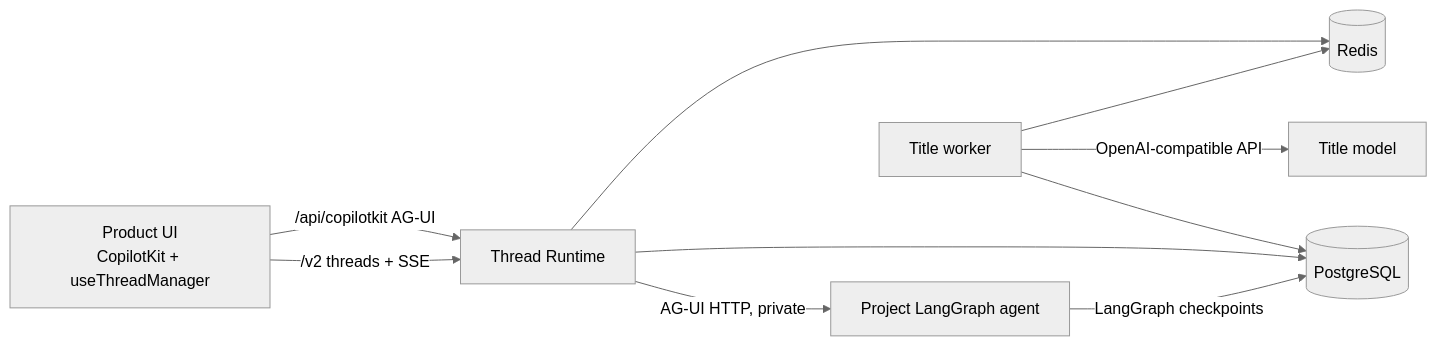
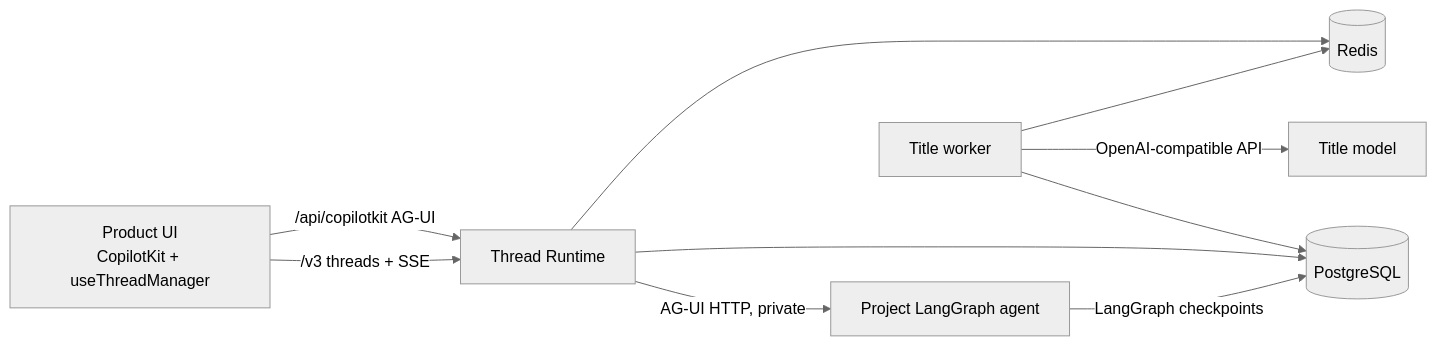
Before and after one commit to Hieuej147/Copilotkit-threads: the diagram in docs/THREAD_SERVICE_GUIDE.md, drawn with Mermaid (neutral theme). The commit also changed other lines of this file and 63 other files, not shown here.

````diff
--- a/docs/THREAD_SERVICE_GUIDE.md
+++ b/docs/THREAD_SERVICE_GUIDE.md
@@ -9,12 +9,12 @@
 ```mermaid
 flowchart LR
-  UI[Product UI\nCopilotKit + useThreadManager] -->|/v2 threads + SSE| RT[Thread Runtime]
+  UI[Product UI\nCopilotKit + useThreadManager] -->|/v3 threads + SSE| RT[Thread Runtime]
   UI -->|/api/copilotkit AG-UI| RT
   RT -->|AG-UI HTTP, private| AG[Project LangGraph agent]
   RT --> PG[(PostgreSQL)]
   RT --> RD[(Redis)]
   TW[Title worker] --> PG
   TW -->|OpenAI-compatible API| LLM[Title model]
   TW --> RD
   AG -->|LangGraph checkpoints| PG
 ```
````
